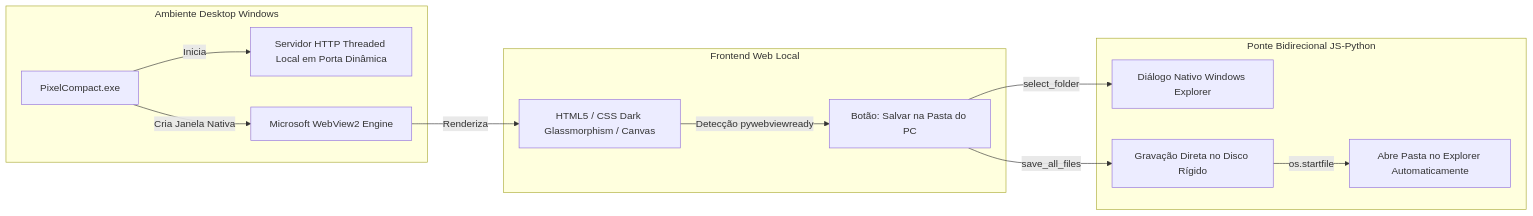
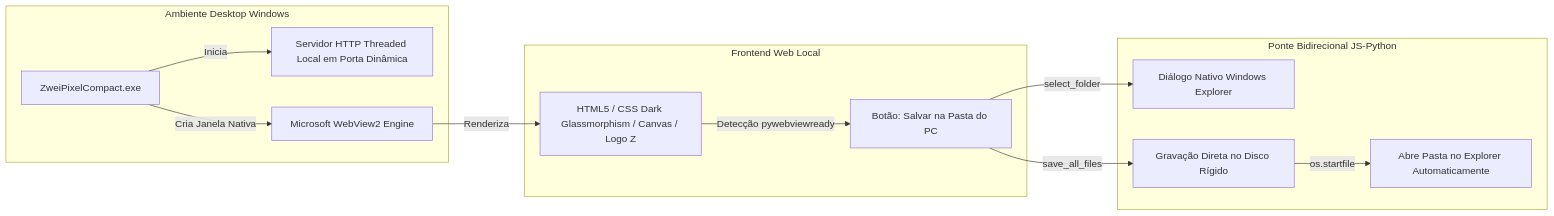
One commit to ZweiSpy/Projeto_conversorIMG-JPG changed the second of 2 diagrams in sdd.md. Above: the diagram before and after it, drawn with Mermaid. The commit also changed other lines of this file and 10 other files, not shown here.

Commit message:
feat: rebrand to Zwei PixelCompact with official Z-logo, z-icon, and Zwei Coorporacoes LTDA credits

````diff
--- a/sdd.md
+++ b/sdd.md
@@ -183,18 +183,18 @@
 ```mermaid
 flowchart LR
     subgraph Windows_Desktop [Ambiente Desktop Windows]
-        EXE[PixelCompact.exe] -->|Inicia| SRV[Servidor HTTP Threaded Local em Porta Dinâmica]
+        EXE[ZweiPixelCompact.exe] -->|Inicia| SRV[Servidor HTTP Threaded Local em Porta Dinâmica]
         EXE -->|Cria Janela Nativa| WV2[Microsoft WebView2 Engine]
     end
 
     subgraph Frontend_App [Frontend Web Local]
-        WV2 -->|Renderiza| UI[HTML5 / CSS Dark Glassmorphism / Canvas]
+        WV2 -->|Renderiza| UI[HTML5 / CSS Dark Glassmorphism / Canvas / Logo Z]
         UI -->|Detecção pywebviewready| BTN[Botão: Salvar na Pasta do PC]
     end
 
     subgraph OS_Bridge [Ponte Bidirecional JS-Python]
         BTN -->|select_folder| DLG[Diálogo Nativo Windows Explorer]
         BTN -->|save_all_files| DSK[Gravação Direta no Disco Rígido]
         DSK -->|os.startfile| EXP[Abre Pasta no Explorer Automaticamente]
     end
 ```
````
